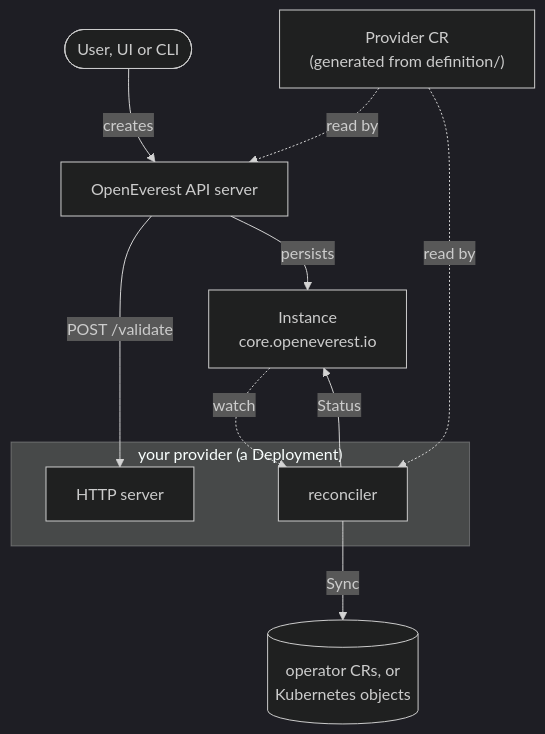
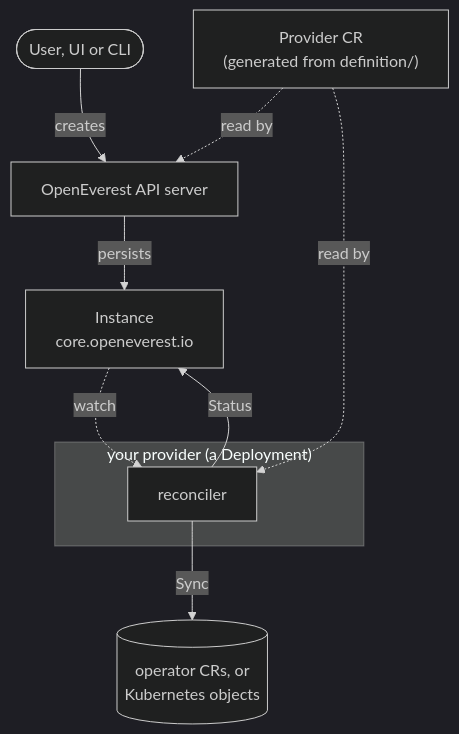
One commit to openeverest/provider-sdk changed the diagram in PROVIDER_DEVELOPMENT.md. Above: the diagram before and after it, drawn with Mermaid (dark theme). The commit also changed other lines of this file and 11 other files, not shown here.

````diff
--- a/PROVIDER_DEVELOPMENT.md
+++ b/PROVIDER_DEVELOPMENT.md
@@ -120,15 +120,13 @@
 ```mermaid
 flowchart TB
     U([User, UI or CLI]) -->|creates| API[OpenEverest API server]
-    API -->|POST /validate| SRV
     API -->|persists| I["Instance<br/>core.openeverest.io"]
     subgraph P["your provider (a Deployment)"]
-        SRV[HTTP server]
         REC[reconciler]
     end
     I -.->|watch| REC
     REC -->|Sync| R[("operator CRs, or<br/>Kubernetes objects")]
     REC -->|Status| I
     PCR["Provider CR<br/>(generated from definition/)"] -.->|read by| API
     PCR -.->|read by| REC
 ```
````
